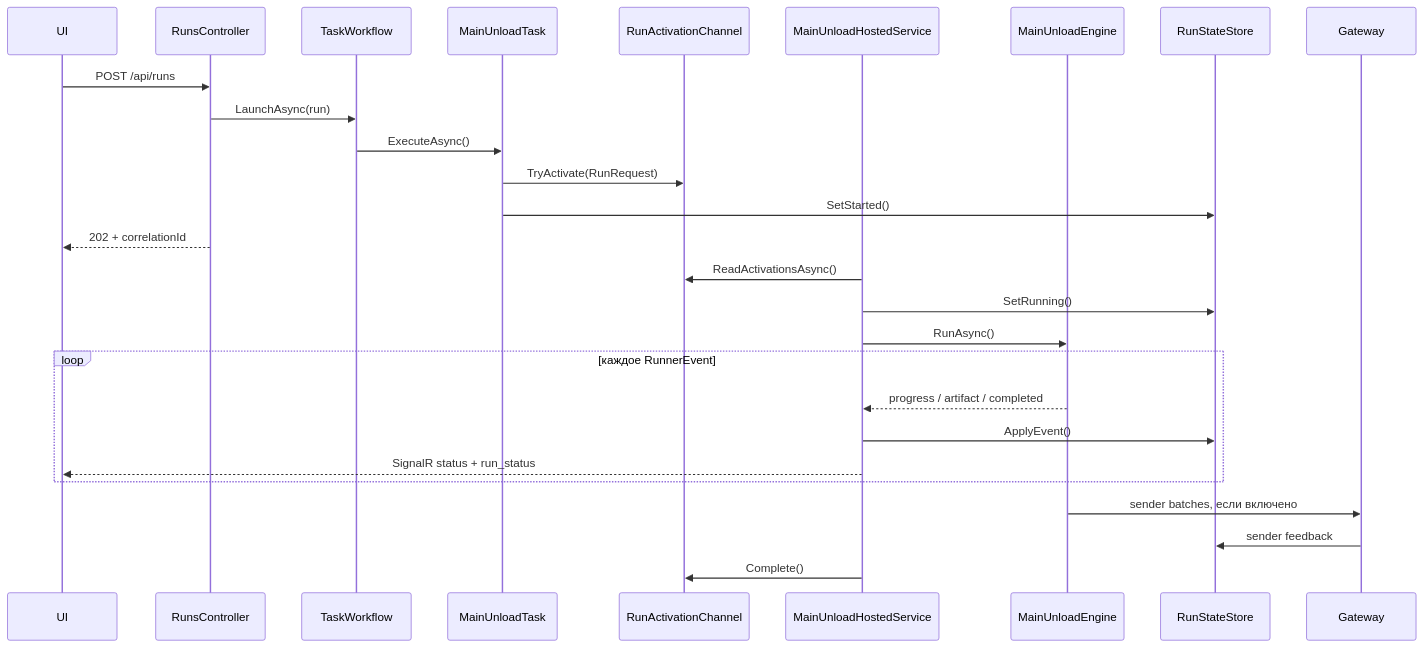
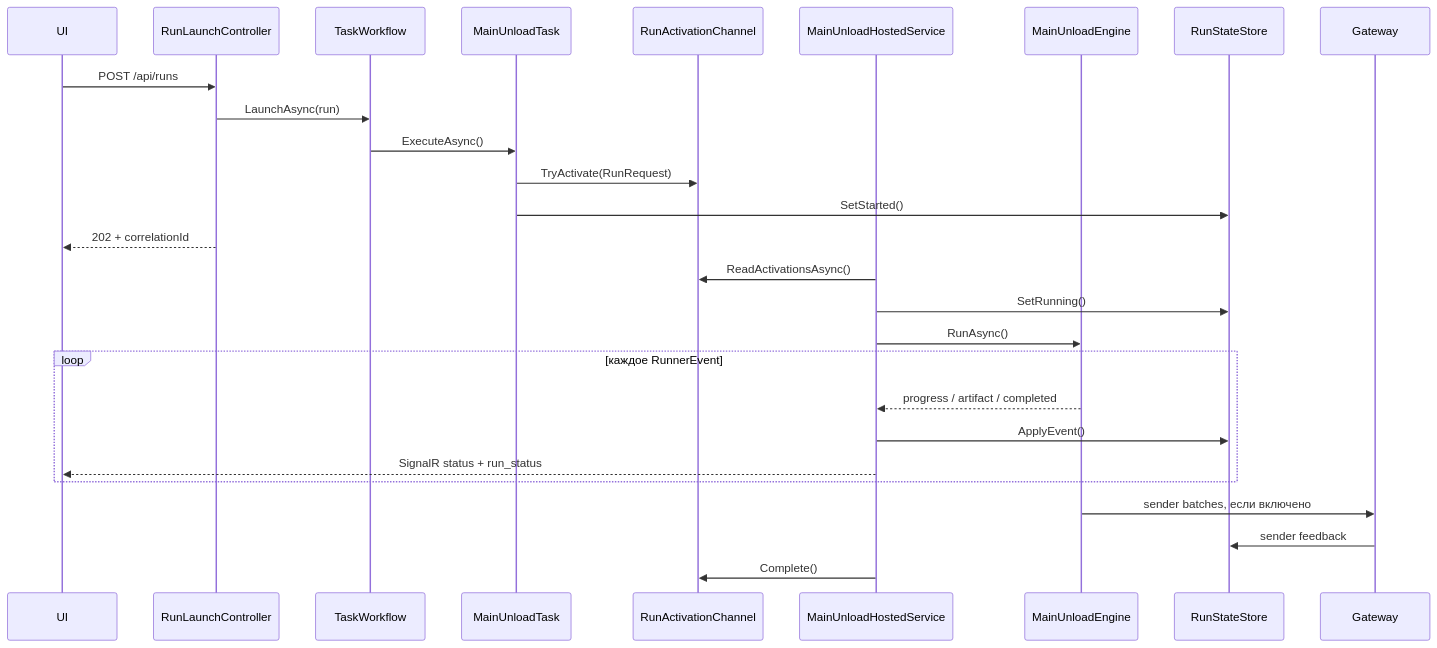
Before and after one commit to Dehydrohaloalkan/unload: the fourth of 5 diagrams in docs/ARCHITECTURE.md, drawn with Mermaid. The commit also changed other lines of this file and 9 other files, not shown here.

Commit message:
refactor: split run api controllers

````diff
--- a/docs/ARCHITECTURE.md
+++ b/docs/ARCHITECTURE.md
@@ -276,31 +285,31 @@
 ```mermaid
 sequenceDiagram
     participant UI
-    participant API as RunsController
+    participant API as RunLaunchController
     participant WF as TaskWorkflow
     participant Task as MainUnloadTask
     participant Channel as RunActivationChannel
     participant Worker as MainUnloadHostedService
     participant Engine as MainUnloadEngine
     participant State as RunStateStore
     participant Gateway
 
     UI->>API: POST /api/runs
     API->>WF: LaunchAsync(run)
     WF->>Task: ExecuteAsync()
     Task->>Channel: TryActivate(RunRequest)
     Task->>State: SetStarted()
     API-->>UI: 202 + correlationId
 
     Worker->>Channel: ReadActivationsAsync()
     Worker->>State: SetRunning()
     Worker->>Engine: RunAsync()
     loop каждое RunnerEvent
         Engine-->>Worker: progress / artifact / completed
         Worker->>State: ApplyEvent()
         Worker-->>UI: SignalR status + run_status
     end
     Engine->>Gateway: sender batches, если включено
     Gateway->>State: sender feedback
     Worker->>Channel: Complete()
 ```
````
